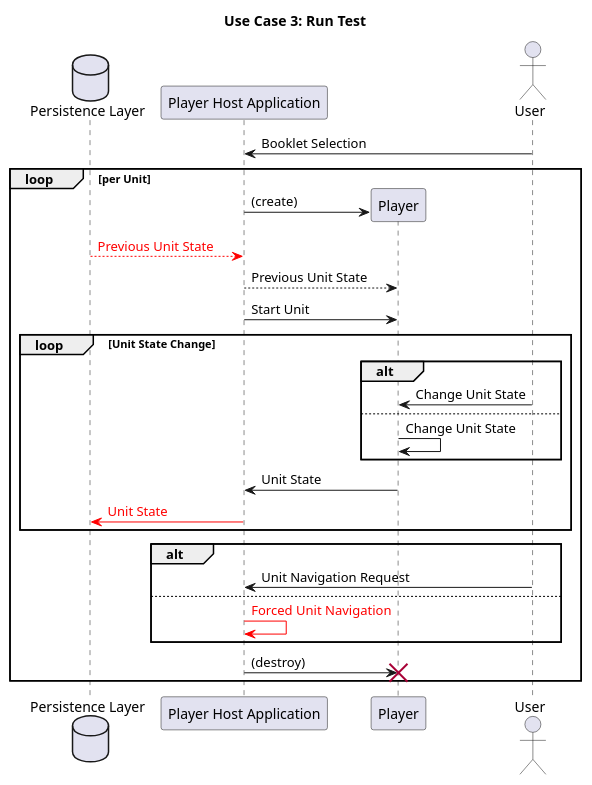
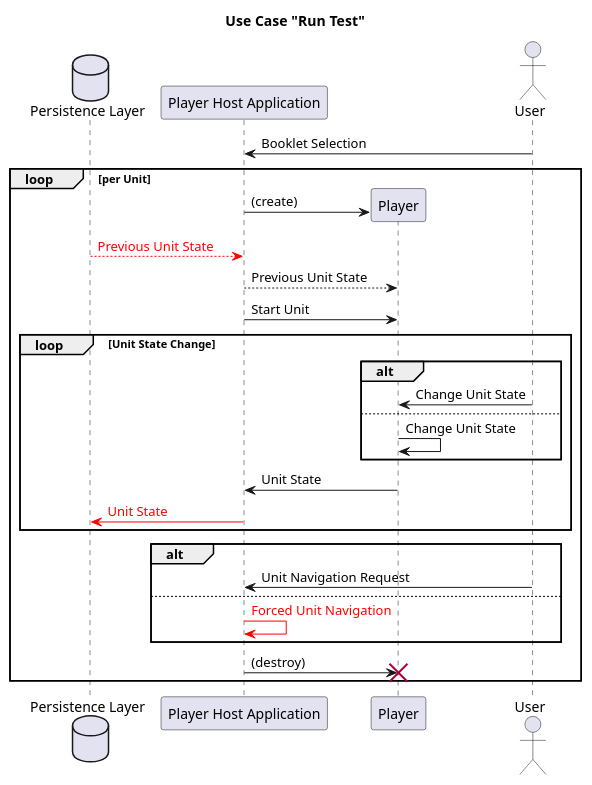
One commit to verona-interfaces/player changed the diagram in model/usecase3.puml. Above: the diagram before and after it, drawn with PlantUML. The commit also changed 19 other files, not shown here.

```diff
--- a/model/usecase3.puml
+++ b/model/usecase3.puml
@@ -1,33 +1,33 @@
 @startuml
-title Use Case 3: Run Test
+title Use Case "Run Test"
 database "Persistence Layer" as layer
 participant "Player Host Application" as app
 actor User order 4
 User -> app: Booklet Selection
 
 loop per Unit
     create Player
     app -> Player: (create)
     layer--[#red]> app: <font color=red>Previous Unit State</font>
     app --> Player: Previous Unit State
 
     app -> Player: Start Unit
     loop Unit State Change
         alt
             User -> Player: Change Unit State
         else
             Player -> Player: Change Unit State
         end
         Player -> app: Unit State
         app -[#red]>layer: <font color=red>Unit State</font>
     end
     alt
         User -> app: Unit Navigation Request
     else
         app -[#red]> app: <font color=red>Forced Unit Navigation</font>
     end
     app -> Player: (destroy)
     destroy Player
 end
 
 @enduml
```
